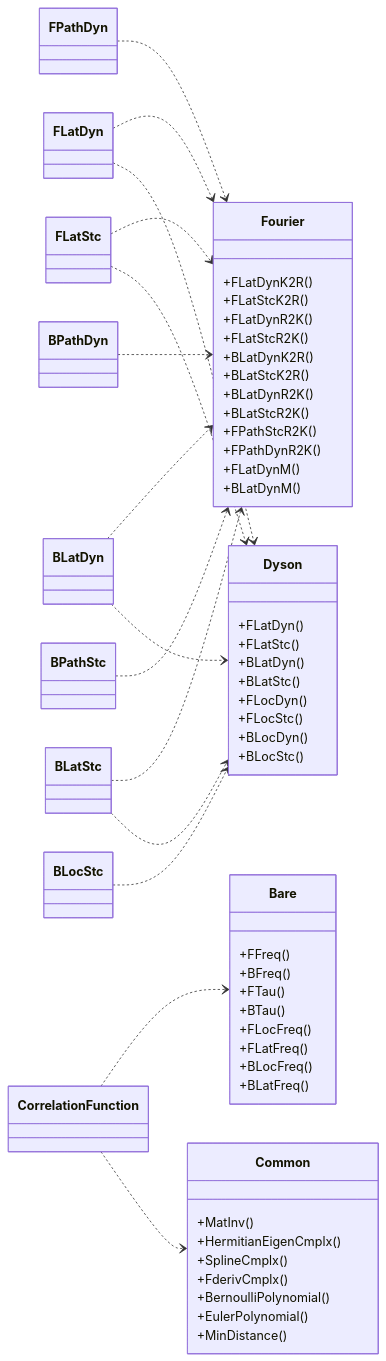
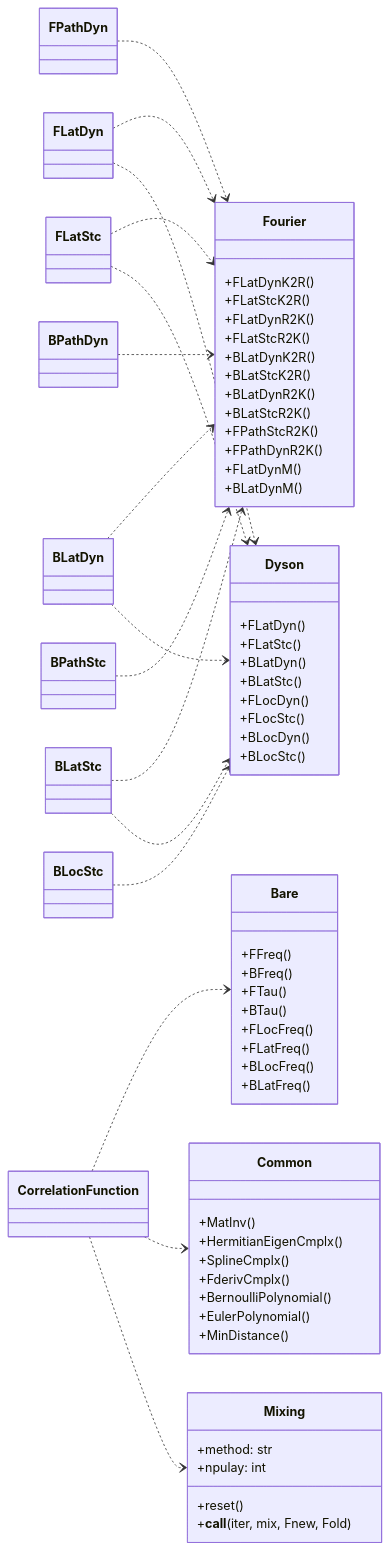
One commit to QAssemble/qassemble changed the fourth of 4 diagrams in docs/SerialClassDiagram.md. Above: the diagram before and after it, drawn with Mermaid. The commit also changed other lines of this file and 23 other files, not shown here.

````diff
--- a/docs/SerialClassDiagram.md
+++ b/docs/SerialClassDiagram.md
@@ -319,62 +310,70 @@
 ```mermaid
 classDiagram
     direction LR
     class Fourier {
         +FLatDynK2R()
         +FLatStcK2R()
         +FLatDynR2K()
         +FLatStcR2K()
         +BLatDynK2R()
         +BLatStcK2R()
         +BLatDynR2K()
         +BLatStcR2K()
         +FPathStcR2K()
         +FPathDynR2K()
         +FLatDynM()
         +BLatDynM()
     }
     class Dyson {
         +FLatDyn()
         +FLatStc()
         +BLatDyn()
         +BLatStc()
         +FLocDyn()
         +FLocStc()
         +BLocDyn()
         +BLocStc()
     }
     class Bare {
         +FFreq()
         +BFreq()
         +FTau()
         +BTau()
         +FLocFreq()
         +FLatFreq()
         +BLocFreq()
         +BLatFreq()
     }
     class Common {
         +MatInv()
         +HermitianEigenCmplx()
         +SplineCmplx()
         +FderivCmplx()
         +BernoulliPolynomial()
         +EulerPolynomial()
         +MinDistance()
     }
 
+    class Mixing {
+        +method: str
+        +npulay: int
+        +reset()
+        +__call__(iter, mix, Fnew, Fold)
+    }
+
     FLatDyn ..> Fourier
     FLatStc ..> Fourier
     FPathDyn ..> Fourier
     BLatDyn ..> Fourier
     BLatStc ..> Fourier
     BPathDyn ..> Fourier
     BPathStc ..> Fourier
     FLatDyn ..> Dyson
     FLatStc ..> Dyson
     BLatDyn ..> Dyson
     BLatStc ..> Dyson
     BLocStc ..> Dyson
     CorrelationFunction ..> Bare
     CorrelationFunction ..> Common
+    CorrelationFunction ..> Mixing
 ```
````
